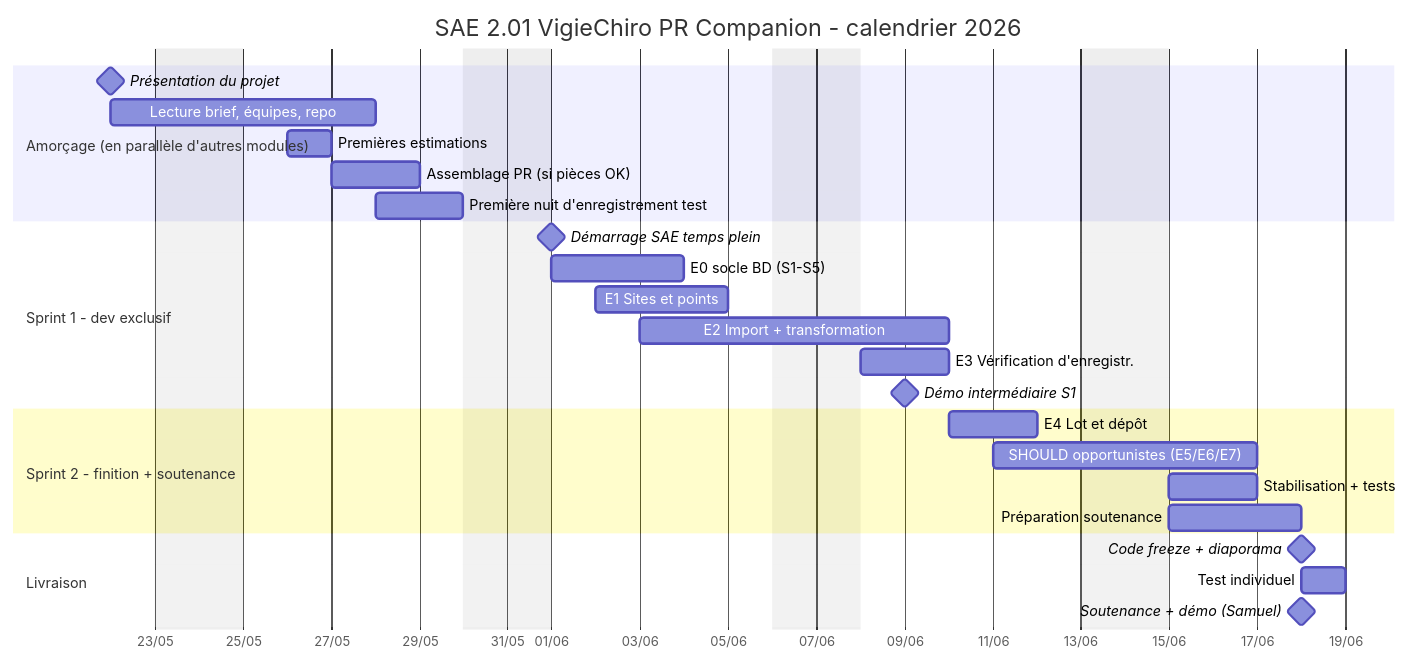
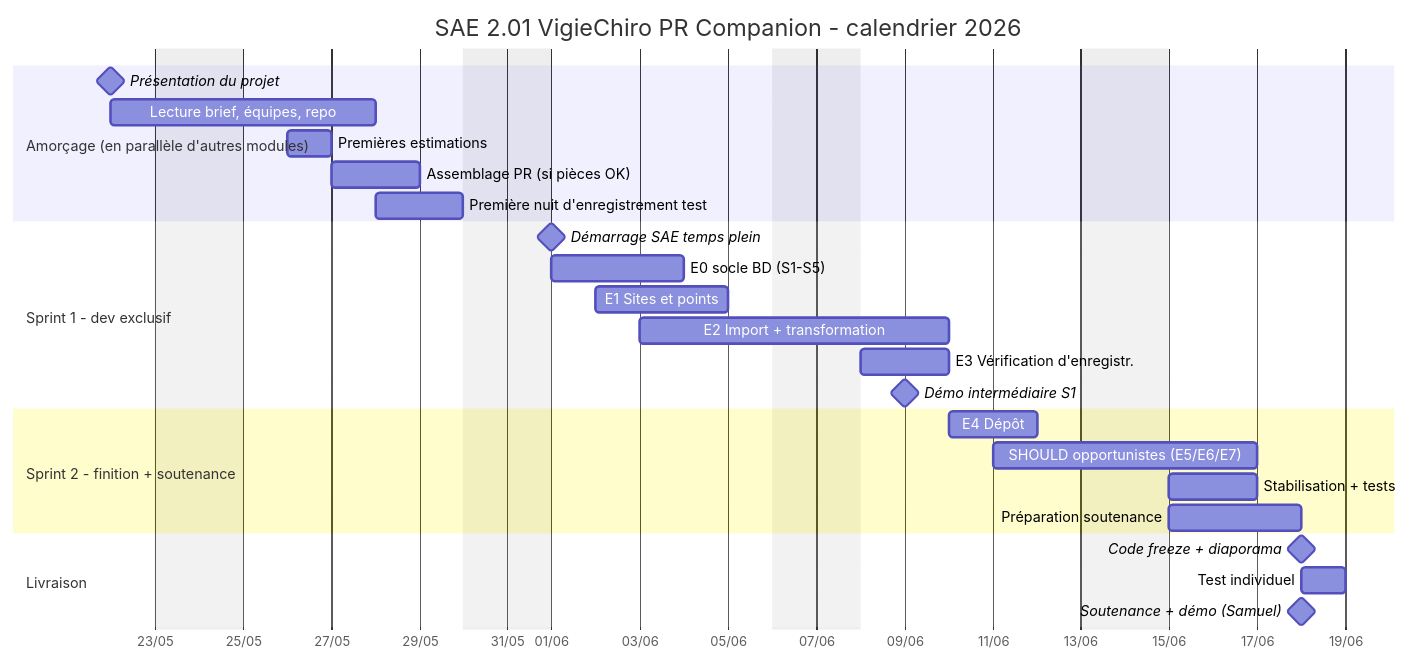
Before and after one commit to echonuit/vigiechiro-pr-companion: the diagram in brief/docs/Analyse et conception/Planification - plein écran.md, drawn with Mermaid. The commit also changed 27 other files, not shown here.

````diff
--- a/brief/docs/Analyse et conception/Planification - plein écran.md
+++ b/brief/docs/Analyse et conception/Planification - plein écran.md
@@ -26,33 +26,33 @@
 ```mermaid
 gantt
     title SAE 2.01 VigieChiro PR Companion - calendrier 2026
     dateFormat YYYY-MM-DD
     axisFormat %d/%m
     excludes weekends
 
     section Amorçage (en parallèle d'autres modules)
     Présentation du projet         :milestone, m1, 2026-05-22, 0d
     Lecture brief, équipes, repo   :a1, 2026-05-22, 4d
     Premières estimations          :a2, 2026-05-26, 1d
     Assemblage PR (si pièces OK)   :a3, 2026-05-27, 2d
     Première nuit d'enregistrement test  :a4, 2026-05-28, 2d
 
     section Sprint 1 - dev exclusif
     Démarrage SAE temps plein      :milestone, m2, 2026-06-01, 0d
     E0 socle BD (S1-S5)            :s1a, 2026-06-01, 3d
     E1 Sites et points             :s1b, 2026-06-02, 3d
     E2 Import + transformation     :s1c, 2026-06-03, 5d
     E3 Vérification d'enregistr.   :s1d, 2026-06-08, 2d
     Démo intermédiaire S1          :milestone, mS1, 2026-06-09, 0d
 
     section Sprint 2 - finition + soutenance
-    E4 Lot et dépôt                :s2a, 2026-06-10, 2d
+    E4 Dépôt                :s2a, 2026-06-10, 2d
     SHOULD opportunistes (E5/E6/E7):s2b, 2026-06-11, 4d
     Stabilisation + tests          :s2c, 2026-06-15, 2d
     Préparation soutenance         :s2d, 2026-06-15, 3d
 
     section Livraison
     Code freeze + diaporama        :milestone, m3, 2026-06-18, 0d
     Test individuel                :test, 2026-06-18, 1d
     Soutenance + démo (Samuel)     :milestone, m4, 2026-06-18, 0d
 ```
````
